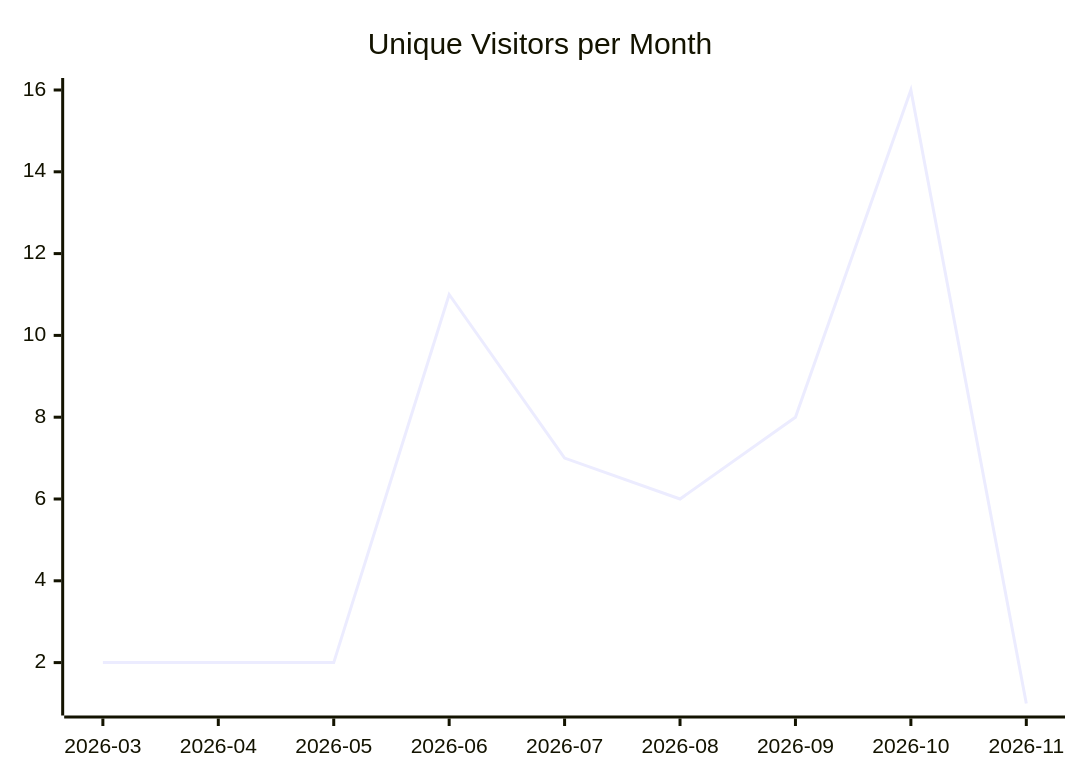
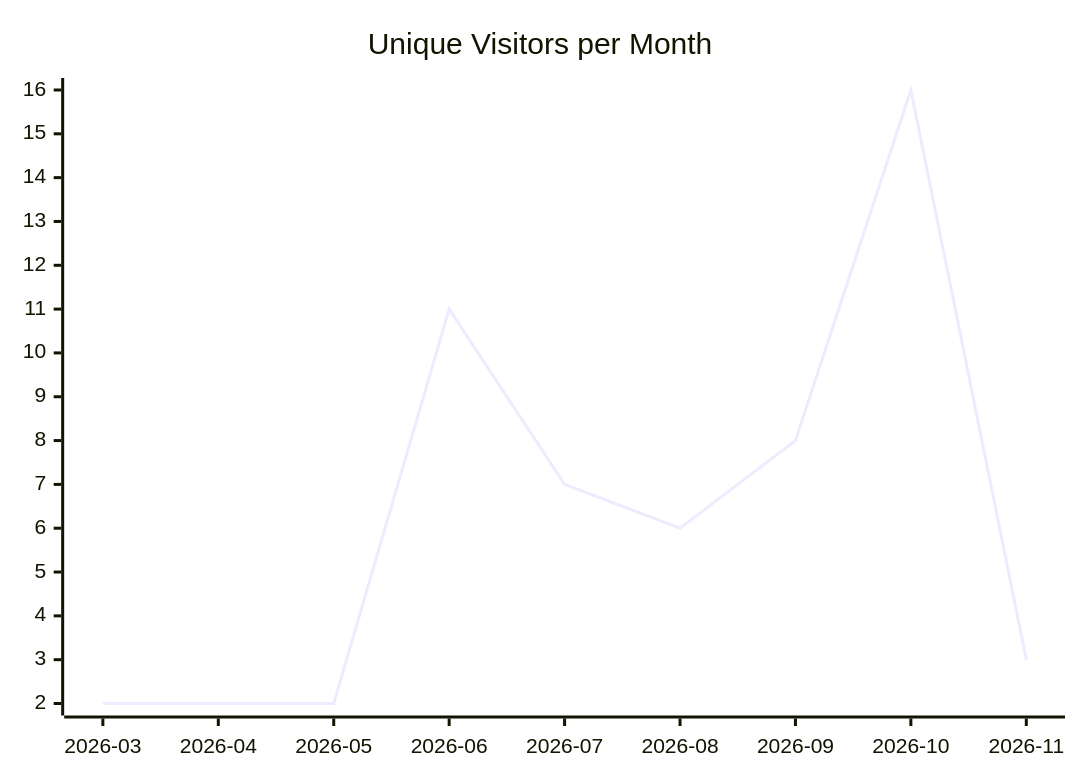
Before and after one commit to justdavis-family/github-analytics-data: the first of 3 diagrams in karlmdavis/ansible-role-jenkins2/README.md, drawn with Mermaid. The commit also changed other lines of this file and 188 other files, not shown here.

````diff
--- a/karlmdavis/ansible-role-jenkins2/README.md
+++ b/karlmdavis/ansible-role-jenkins2/README.md
@@ -5,6 +5,6 @@
 ```mermaid
 xychart-beta
   title "Unique Visitors per Month"
   x-axis ["2026-03", "2026-04", "2026-05", "2026-06", "2026-07", "2026-08", "2026-09", "2026-10", "2026-11"]
-  line [2, 2, 2, 11, 7, 6, 8, 16, 1]
+  line [2, 2, 2, 11, 7, 6, 8, 16, 3]
 ```
````
